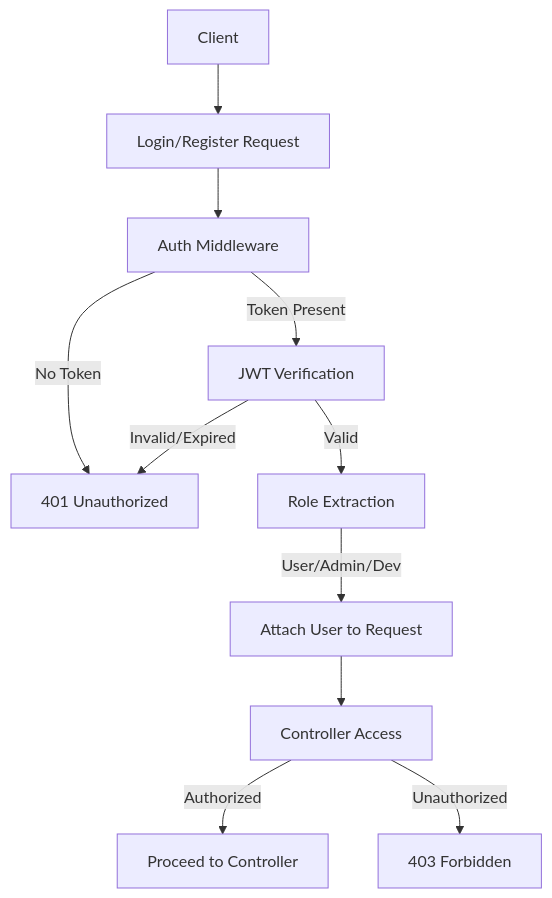
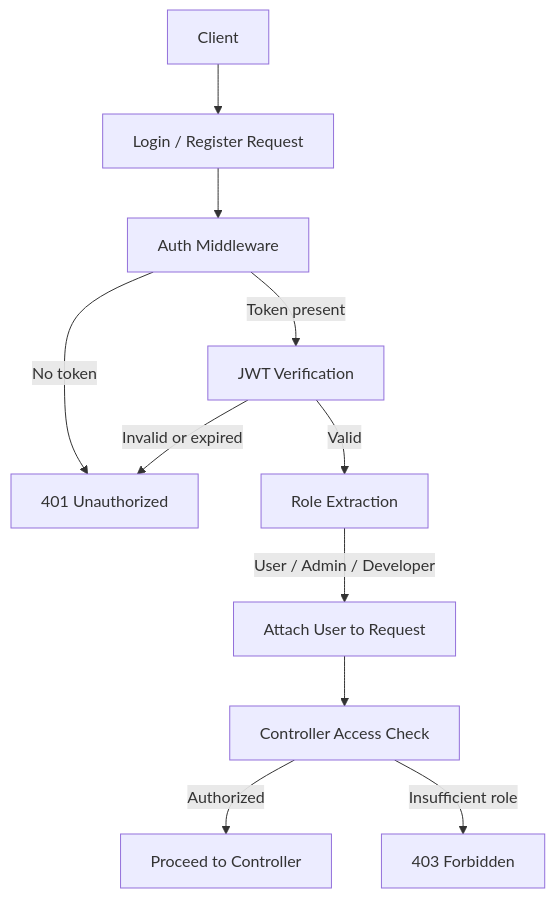
The third of 5 diagrams in server/README.md (Atharvkote/ai-based-contactless-ordering), drawn with Mermaid before and after one commit. The commit also changed other lines of this file and 5 other files, not shown here.

````diff
--- a/server/README.md
+++ b/server/README.md
@@ -178,13 +95,13 @@
 ```mermaid
 flowchart TD
-  AA["Client"] --> AB["Login/Register Request"]
-  AB --> AC["Auth Middleware"]
-  AC -->|"No Token"| AD["401 Unauthorized"]
-  AC -->|"Token Present"| AE["JWT Verification"]
-  AE -->|"Invalid/Expired"| AD
-  AE -->|"Valid"| AF["Role Extraction"]
-  AF -->|"User/Admin/Dev"| AG["Attach User to Request"]
-  AG --> AH["Controller Access"]
-  AH -->|"Authorized"| AI["Proceed to Controller"]
-  AH -->|"Unauthorized"| AJ["403 Forbidden"]
+    A[Client] --> B[Login / Register Request]
+    B --> C[Auth Middleware]
+    C -->|No token| D[401 Unauthorized]
+    C -->|Token present| E[JWT Verification]
+    E -->|Invalid or expired| D
+    E -->|Valid| F[Role Extraction]
+    F -->|User / Admin / Developer| G[Attach User to Request]
+    G --> H[Controller Access Check]
+    H -->|Authorized| I[Proceed to Controller]
+    H -->|Insufficient role| J[403 Forbidden]
 ```
````
